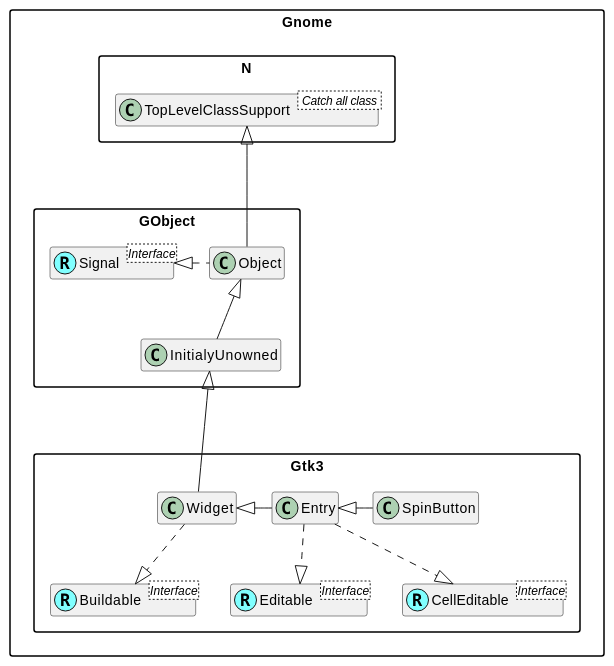
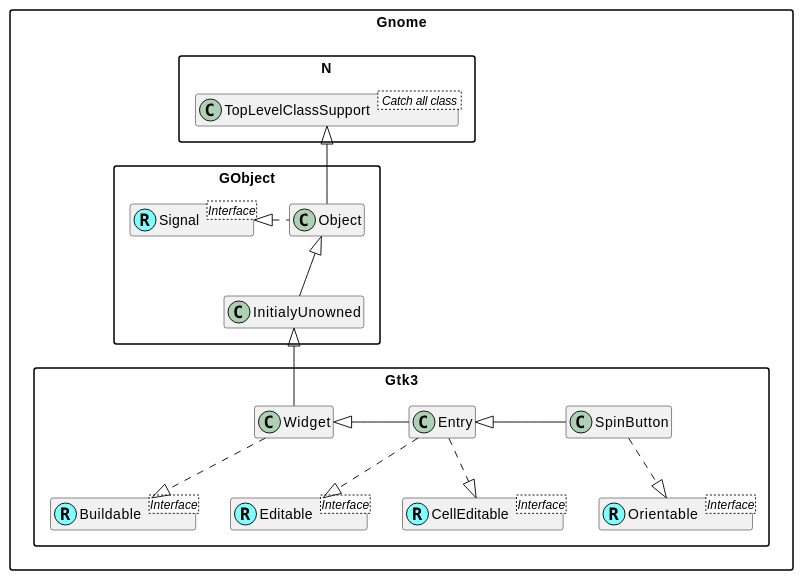
One commit to MARTIMM/gnome-gtk3 changed the diagram in doc/plantuml/SpinButton.md. Above: the diagram before and after it, drawn with PlantUML. The commit also changed 5 other files, not shown here.

Commit message:
bugfix. had to add the role Orientable to SpinButton

````diff
--- a/doc/plantuml/SpinButton.md
+++ b/doc/plantuml/SpinButton.md
@@ -1,76 +1,45 @@
 ```plantuml
 @startuml
 'scale 0.9
 skinparam packageStyle rectangle
 skinparam stereotypeCBackgroundColor #80ffff
 set namespaceSeparator ::
 hide members
 
 
 class Gnome::N::TopLevelClassSupport < Catch all class >
-Gnome::N::TopLevelClassSupport <|--- Gnome::GObject::Object
+Gnome::N::TopLevelClassSupport <|-- Gnome::GObject::Object
 
 Interface Gnome::GObject::Signal <Interface>
 class Gnome::GObject::Signal <<(R,#80ffff)>>
 
 Interface Gnome::Gtk3::Buildable <Interface>
 class Gnome::Gtk3::Buildable <<(R,#80ffff)>>
 
 Interface Gnome::Gtk3::CellEditable <Interface>
 class Gnome::Gtk3::CellEditable <<(R,#80ffff)>>
 
 Interface Gnome::Gtk3::Editable <Interface>
 class Gnome::Gtk3::Editable <<(R,#80ffff)>>
 
-'class Gnome::GObject::InitialyUnowned
-'class Gnome::GObject::Object
+Interface Gnome::Gtk3::Orientable <Interface>
+class Gnome::Gtk3::Orientable <<(R,#80ffff)>>
+
+
+
 Gnome::GObject::Object <|-- Gnome::GObject::InitialyUnowned
 Gnome::GObject::Signal <|. Gnome::GObject::Object
 
-Gnome::GObject::InitialyUnowned <|--- Gnome::Gtk3::Widget
+Gnome::GObject::InitialyUnowned <|-- Gnome::Gtk3::Widget
 Gnome::Gtk3::Widget ..|> Gnome::Gtk3::Buildable
 
-'Gnome::Gtk3::Bin <|- Gnome::Gtk3::Button
-'Gnome::Gtk3::Container <|- Gnome::Gtk3::Bin
-'Gnome::Gtk3::Widget <|- Gnome::Gtk3::Container
-
-'Gnome::Gtk3::Button -|> Gnome::Gtk3::Bin
-'Gnome::Gtk3::Bin -|> Gnome::Gtk3::Container
-'Gnome::Gtk3::Container -|> Gnome::Gtk3::Widget
-'Gnome::Gtk3::Stack -|> Gnome::Gtk3::Container
 Gnome::Gtk3::Widget <|- Gnome::Gtk3::Entry
 Gnome::Gtk3::Entry ..|> Gnome::Gtk3::CellEditable
 Gnome::Gtk3::Entry ..|> Gnome::Gtk3::Editable
 
 Gnome::Gtk3::Entry <|- Gnome::Gtk3::SpinButton
+Gnome::Gtk3::SpinButton ..|> Gnome::Gtk3::Orientable
 
-
-'class Gnome::Gtk3::Button implements Gnome::Gtk3::Actionable
-
-'Interface Gnome::Gtk3::Orientable <Interface>
-'Gnome::Gtk3::Orientable <|-- Gnome::Gtk3::ScaleButton
-
-'Interface Gnome::Gtk3::ColorChooser <Interface>
-'Gnome::Gtk3::ColorChooser <|-- Gnome::Gtk3::ColorButton
-
-'Interface Gnome::Gtk3::FontChooser <Interface>
-'Gnome::Gtk3::FontChooser <|-- Gnome::Gtk3::FontButton
-
-'Gnome::GObject <--[hidden]- Gnome::Gtk3
-
-
-
-'Gnome::Gtk3::Button <|-- Gnome::Gtk3::ToggleButton
-'Gnome::Gtk3::Button <|-- Gnome::Gtk3::ColorButton
-'Gnome::Gtk3::ToggleButton <|-- Gnome::Gtk3::CheckButton
-'Gnome::Gtk3::ToggleButton <|-- Gnome::Gtk3::MenuButton
-'Gnome::Gtk3::CheckButton <|-- Gnome::Gtk3::RadioButton
-'Gnome::Gtk3::Button <|--- Gnome::Gtk3::FontButton
-'Gnome::Gtk3::Button <|-- Gnome::Gtk3::LinkButton
-'Gnome::Gtk3::Button <|-- Gnome::Gtk3::LockButton
-'Gnome::Gtk3::Button <|-- Gnome::Gtk3::ModelButton
-'Gnome::Gtk3::Button <|-- Gnome::Gtk3::ScaleButton
-'Gnome::Gtk3::ScaleButton <|-- Gnome::Gtk3::VolumeButton
 @enduml
 
 ```
````
